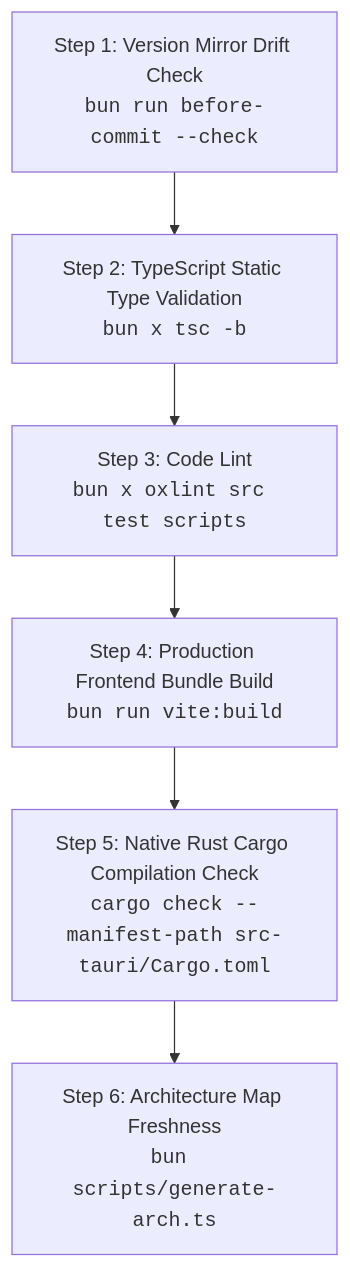
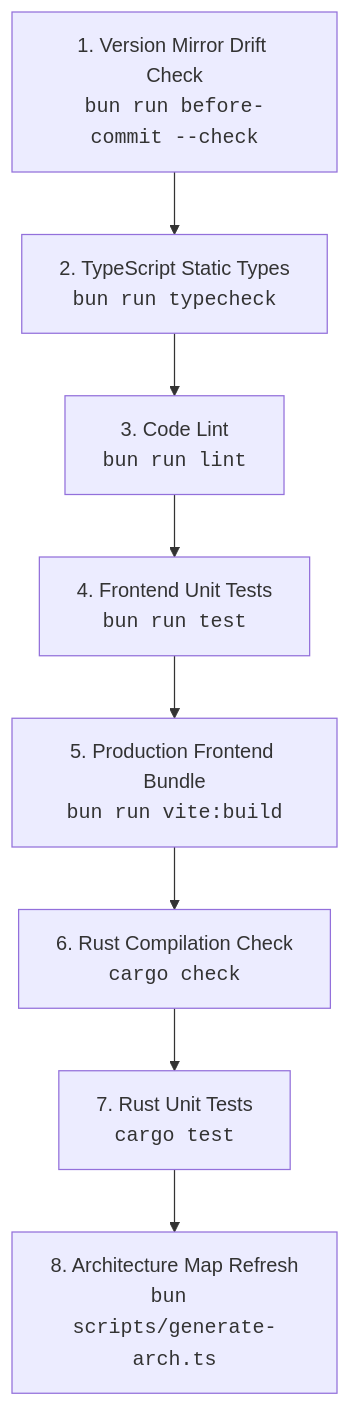
The diagram in TESTING.md (NairoDorian/Minimalistic_App), drawn with Mermaid before and after one commit. The commit also changed other lines of this file and 66 other files, not shown here.

````diff
--- a/TESTING.md
+++ b/TESTING.md
@@ -38,8 +45,10 @@
 ```mermaid
 graph TD
-    A["Step 1: Version Mirror Drift Check<br><code>bun run before-commit --check</code>"] --> B["Step 2: TypeScript Static Type Validation<br><code>bun x tsc -b</code>"]
-    B --> C["Step 3: Code Lint<br><code>bun x oxlint src test scripts</code>"]
-    C --> D["Step 4: Production Frontend Bundle Build<br><code>bun run vite:build</code>"]
-    D --> E["Step 5: Native Rust Cargo Compilation Check<br><code>cargo check --manifest-path src-tauri/Cargo.toml</code>"]
-    E --> F["Step 6: Architecture Map Freshness<br><code>bun scripts/generate-arch.ts</code>"]
+    A["1. Version Mirror Drift Check<br><code>bun run before-commit --check</code>"] --> B["2. TypeScript Static Types<br><code>bun run typecheck</code>"]
+    B --> C["3. Code Lint<br><code>bun run lint</code>"]
+    C --> D["4. Frontend Unit Tests<br><code>bun run test</code>"]
+    D --> E["5. Production Frontend Bundle<br><code>bun run vite:build</code>"]
+    E --> F["6. Rust Compilation Check<br><code>cargo check</code>"]
+    F --> G["7. Rust Unit Tests<br><code>cargo test</code>"]
+    G --> H["8. Architecture Map Refresh<br><code>bun scripts/generate-arch.ts</code>"]
 ```
````
